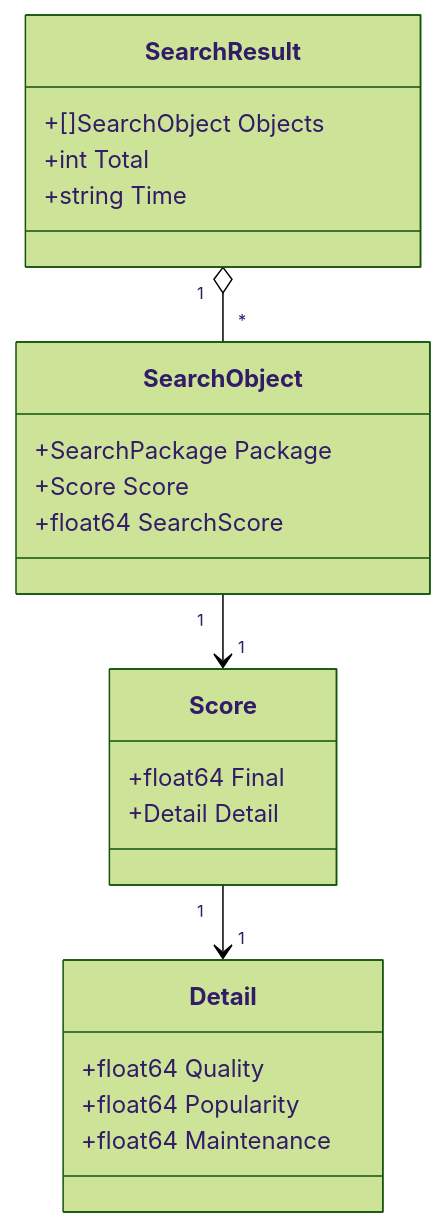
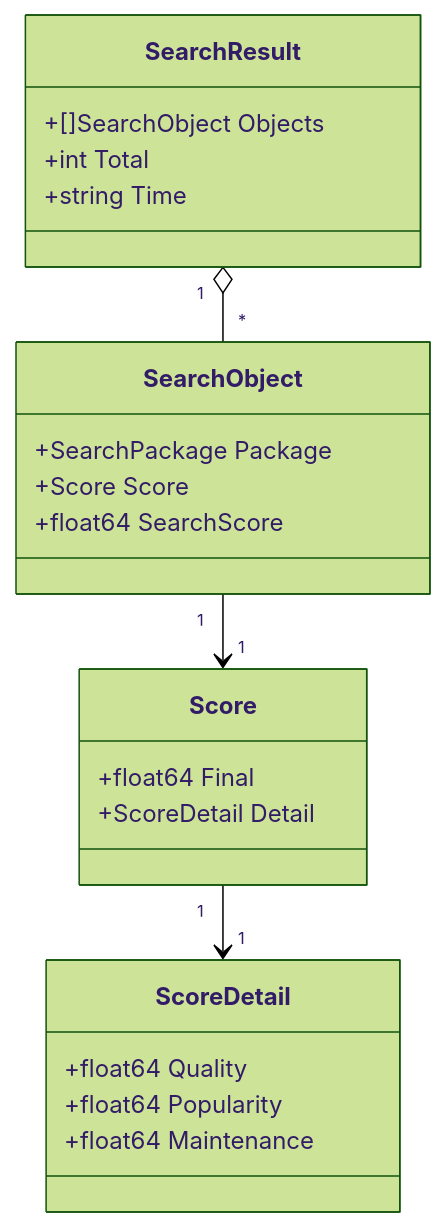
One commit to scagogogo/npm-skills changed the second of 3 diagrams in website/api/models.md. Above: the diagram before and after it, drawn with Mermaid (forest theme). The commit also changed other lines of this file and 1 other file, not shown here.

````diff
--- a/website/api/models.md
+++ b/website/api/models.md
@@ -58,25 +58,25 @@
 ```mermaid
 classDiagram
     class SearchResult {
         +[]SearchObject Objects
         +int Total
         +string Time
     }
     class SearchObject {
         +SearchPackage Package
         +Score Score
         +float64 SearchScore
     }
     class Score {
         +float64 Final
-        +Detail Detail
+        +ScoreDetail Detail
     }
-    class Detail {
+    class ScoreDetail {
         +float64 Quality
         +float64 Popularity
         +float64 Maintenance
     }
     SearchResult "1" o-- "*" SearchObject
     SearchObject "1" --> "1" Score
-    Score "1" --> "1" Detail
+    Score "1" --> "1" ScoreDetail
 ```
````
